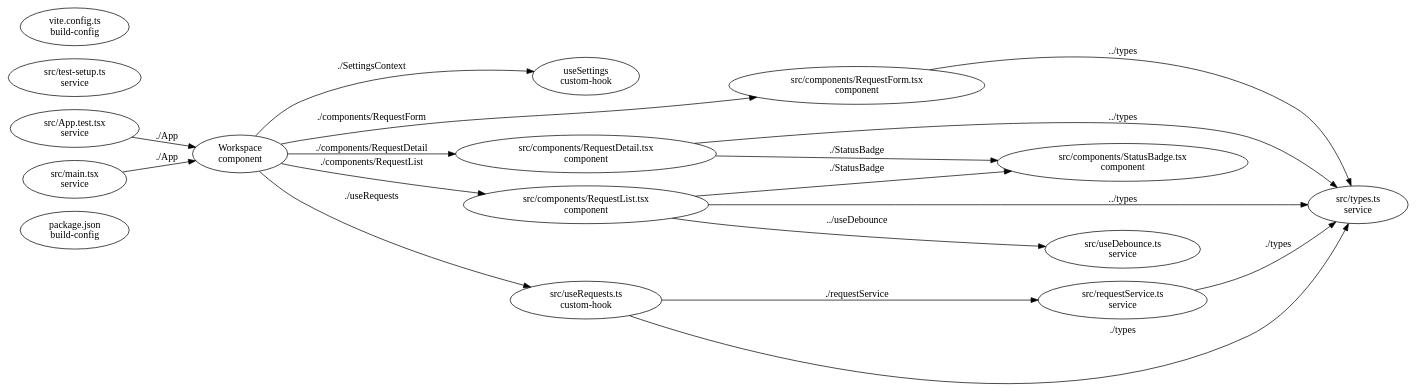
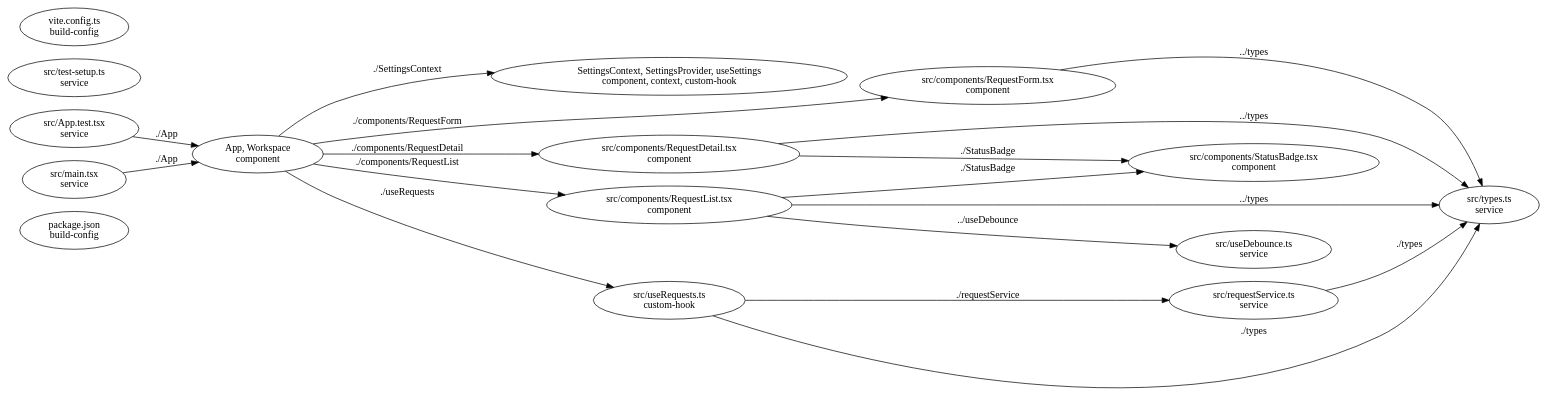
One commit to COG-GTM/AI-ENABLEMENT-ON-SITE changed the diagram in example-system/web-app/react-prototype/expected/request-app-react-dependency-map.dot. Above: the diagram before and after it, drawn with Graphviz. The commit also changed 4 other files, not shown here.

```diff
--- a/example-system/web-app/react-prototype/expected/request-app-react-dependency-map.dot
+++ b/example-system/web-app/react-prototype/expected/request-app-react-dependency-map.dot
@@ -1,37 +1,34 @@
 digraph react_migration {
   rankdir=LR;
   "package.json" [label="package.json\nbuild-config"];
   "src/App.test.tsx" [label="src/App.test.tsx\nservice"];
-  "src/App.tsx" [label="App\ncomponent"];
-  "src/App.tsx" [label="Workspace\ncomponent"];
-  "src/SettingsContext.tsx" [label="SettingsContext\ncontext"];
-  "src/SettingsContext.tsx" [label="SettingsProvider\ncomponent"];
-  "src/SettingsContext.tsx" [label="useSettings\ncustom-hook"];
+  "src/App.tsx" [label="App, Workspace\ncomponent"];
+  "src/SettingsContext.tsx" [label="SettingsContext, SettingsProvider, useSettings\ncomponent, context, custom-hook"];
   "src/components/RequestDetail.tsx" [label="src/components/RequestDetail.tsx\ncomponent"];
   "src/components/RequestForm.tsx" [label="src/components/RequestForm.tsx\ncomponent"];
   "src/components/RequestList.tsx" [label="src/components/RequestList.tsx\ncomponent"];
   "src/components/StatusBadge.tsx" [label="src/components/StatusBadge.tsx\ncomponent"];
   "src/main.tsx" [label="src/main.tsx\nservice"];
   "src/requestService.ts" [label="src/requestService.ts\nservice"];
   "src/test-setup.ts" [label="src/test-setup.ts\nservice"];
   "src/types.ts" [label="src/types.ts\nservice"];
   "src/useDebounce.ts" [label="src/useDebounce.ts\nservice"];
   "src/useRequests.ts" [label="src/useRequests.ts\ncustom-hook"];
   "vite.config.ts" [label="vite.config.ts\nbuild-config"];
   "src/App.test.tsx" -> "src/App.tsx" [label="./App"];
   "src/App.tsx" -> "src/SettingsContext.tsx" [label="./SettingsContext"];
   "src/App.tsx" -> "src/components/RequestDetail.tsx" [label="./components/RequestDetail"];
   "src/App.tsx" -> "src/components/RequestForm.tsx" [label="./components/RequestForm"];
   "src/App.tsx" -> "src/components/RequestList.tsx" [label="./components/RequestList"];
   "src/App.tsx" -> "src/useRequests.ts" [label="./useRequests"];
   "src/components/RequestDetail.tsx" -> "src/components/StatusBadge.tsx" [label="./StatusBadge"];
   "src/components/RequestDetail.tsx" -> "src/types.ts" [label="../types"];
   "src/components/RequestForm.tsx" -> "src/types.ts" [label="../types"];
   "src/components/RequestList.tsx" -> "src/components/StatusBadge.tsx" [label="./StatusBadge"];
   "src/components/RequestList.tsx" -> "src/types.ts" [label="../types"];
   "src/components/RequestList.tsx" -> "src/useDebounce.ts" [label="../useDebounce"];
   "src/main.tsx" -> "src/App.tsx" [label="./App"];
   "src/requestService.ts" -> "src/types.ts" [label="./types"];
   "src/useRequests.ts" -> "src/requestService.ts" [label="./requestService"];
   "src/useRequests.ts" -> "src/types.ts" [label="./types"];
 }
```
